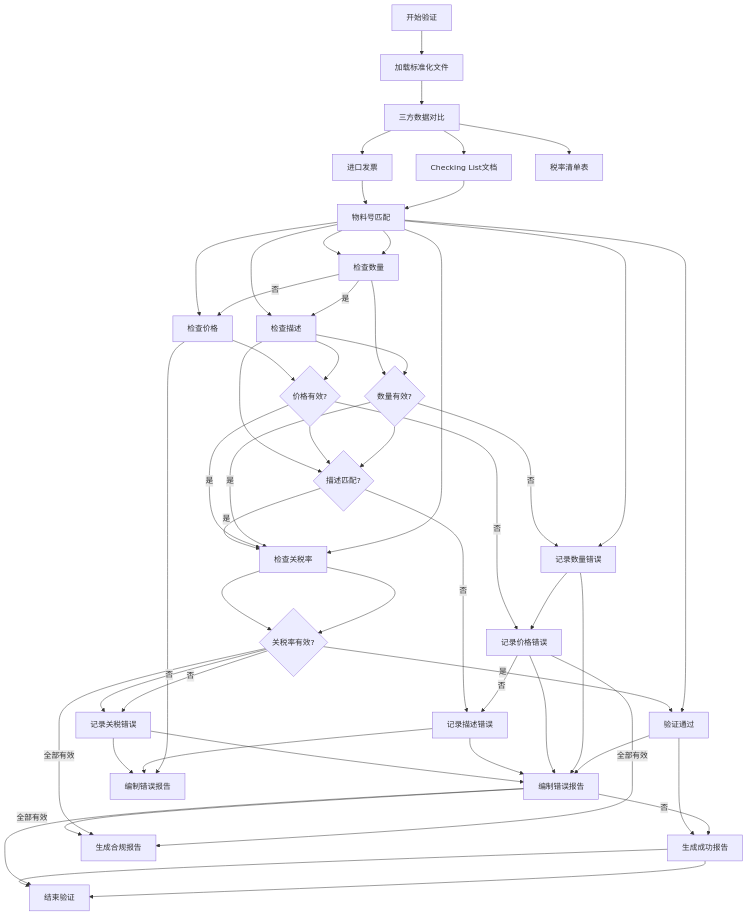
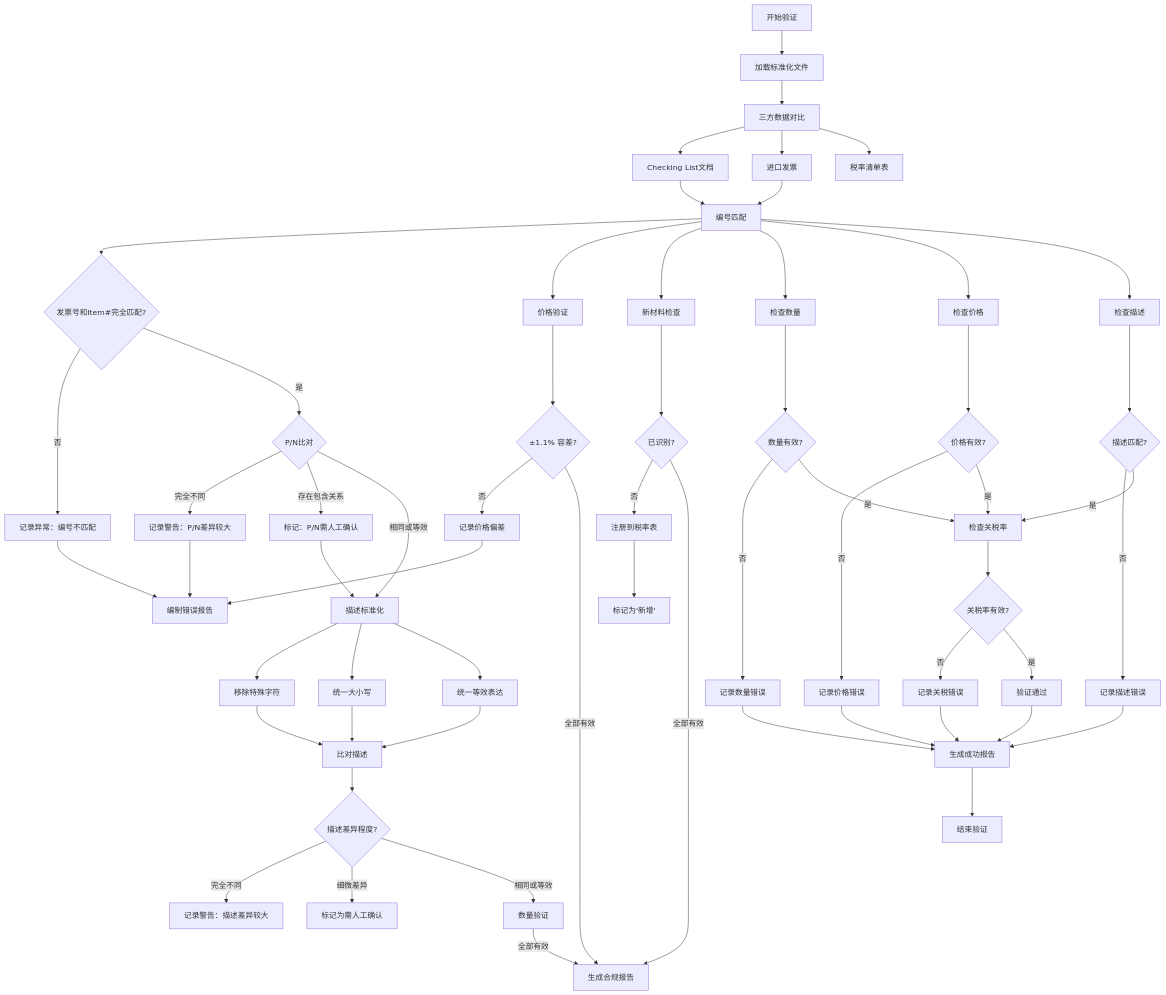
Before and after one commit to anlaganlag/checklist_invoice: the third of 3 diagrams in README_CN.md, drawn with Mermaid. The commit also changed other lines of this file, not shown here.

Commit message:
文档修改:catergory无需比对

````diff
--- a/README_CN.md
+++ b/README_CN.md
@@ -84,56 +98,61 @@
 ```mermaid
 flowchart TD
     A[开始验证] --> B[加载标准化文件]
     B --> C[三方数据对比]
     C --> D[Checking List文档]
     C --> E[进口发票]
     C --> F[税率清单表]
     
-    D --> G[物料号匹配]
+    D --> G[编号匹配]
     E --> G
-    G --> H{编号匹配?}
-    H -->|否| I[记录异常：缺少P/N]
-    H -->|是| J[描述标准化]
+    G --> H1{发票号和Item#完全匹配?}
+    H1 -->|否| I[记录异常：编号不匹配]
+    H1 -->|是| H2{P/N比对}
+    H2 -->|完全不同| I2[记录警告：P/N差异较大]
+    H2 -->|存在包含关系| I3[标记：P/N需人工确认]
+    H2 -->|相同或等效| J[描述标准化]
     
+    I3 --> J
     J --> K[移除特殊字符]
     J --> L[统一大小写]
-    K & L --> M[比对描述]
+    J --> L2[统一等效表达]
+    K & L & L2 --> M[比对描述]
+    M --> M2{描述差异程度?}
+    M2 -->|完全不同| M3[记录警告：描述差异较大]
+    M2 -->|细微差异| M4[标记为需人工确认]
+    M2 -->|相同或等效| N[数量验证]
     
-    G --> N[数量验证]
-    N --> O{±1.1% 容差?}
-    O -->|否| P[记录数量不符]
+    G --> O[价格验证]
+    O --> P{±1.1% 容差?}
+    P -->|否| Q[记录价格偏差]
     
-    G --> Q[价格验证]
-    Q --> R{±1.1% 容差?}
-    R -->|否| S[记录价格偏差]
+    G --> R[新材料检查]
+    R --> S{已识别?}
+    S -->|否| T[注册到税率表]
+    T --> U[标记为'新增']
     
-    G --> T[新材料检查]
-    T --> U{已识别?}
-    U -->|否| V[注册到税率表]
-    V --> W[标记为'新增']
+    N & P & S -->|全部有效| V[生成合规报告]
+    I & I2 & Q --> W[编制错误报告]
     
-    O & R & U -->|全部有效| X[生成合规报告]
-    I & P & S --> Y[编制错误报告]
+    G --> X[检查数量]
+    G --> Y[检查价格]
+    G --> Z[检查描述]
     
-    G --> H[检查数量]
-    G --> I[检查价格]
-    G --> J[检查描述]
+    X --> AA{数量有效?}
+    Y --> AB{价格有效?}
+    Z --> AC{描述匹配?}
     
-    H --> K{数量有效?}
-    I --> L{价格有效?}
-    J --> M{描述匹配?}
+    AA -->|否| AD[记录数量错误]
+    AB -->|否| AE[记录价格错误]
+    AC -->|否| AF[记录描述错误]
     
-    K -->|否| N[记录数量错误]
-    L -->|否| O[记录价格错误]
-    M -->|否| P[记录描述错误]
+    AA & AB & AC -->|是| AG[检查关税率]
+    AG --> AH{关税率有效?}
+    AH -->|否| AI[记录关税错误]
+    AH -->|是| AJ[验证通过]
     
-    K & L & M -->|是| Q[检查关税率]
-    Q --> R{关税率有效?}
-    R -->|否| S[记录关税错误]
-    R -->|是| T[验证通过]
+    AD & AE & AF & AI --> AK[编制错误报告]
+    AJ --> AK[生成成功报告]
     
-    N & O & P & S --> U[编制错误报告]
-    T --> V[生成成功报告]
-    
-    U & V --> W[结束验证]
+    AK --> AL[结束验证]
 ```
````
